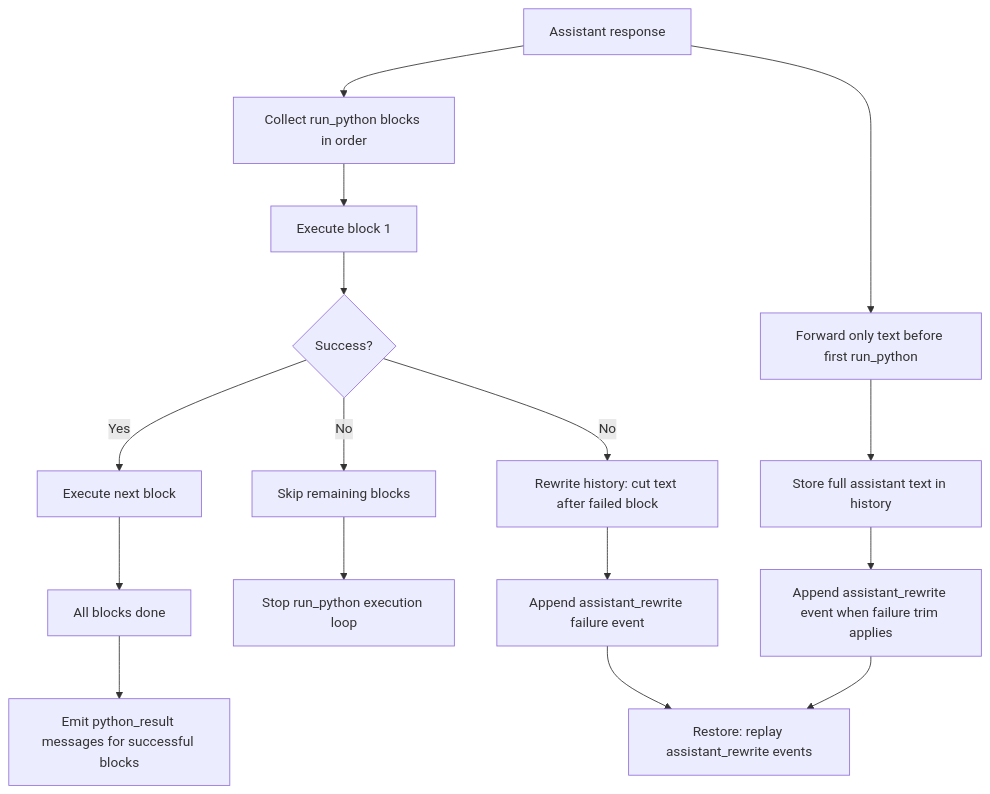
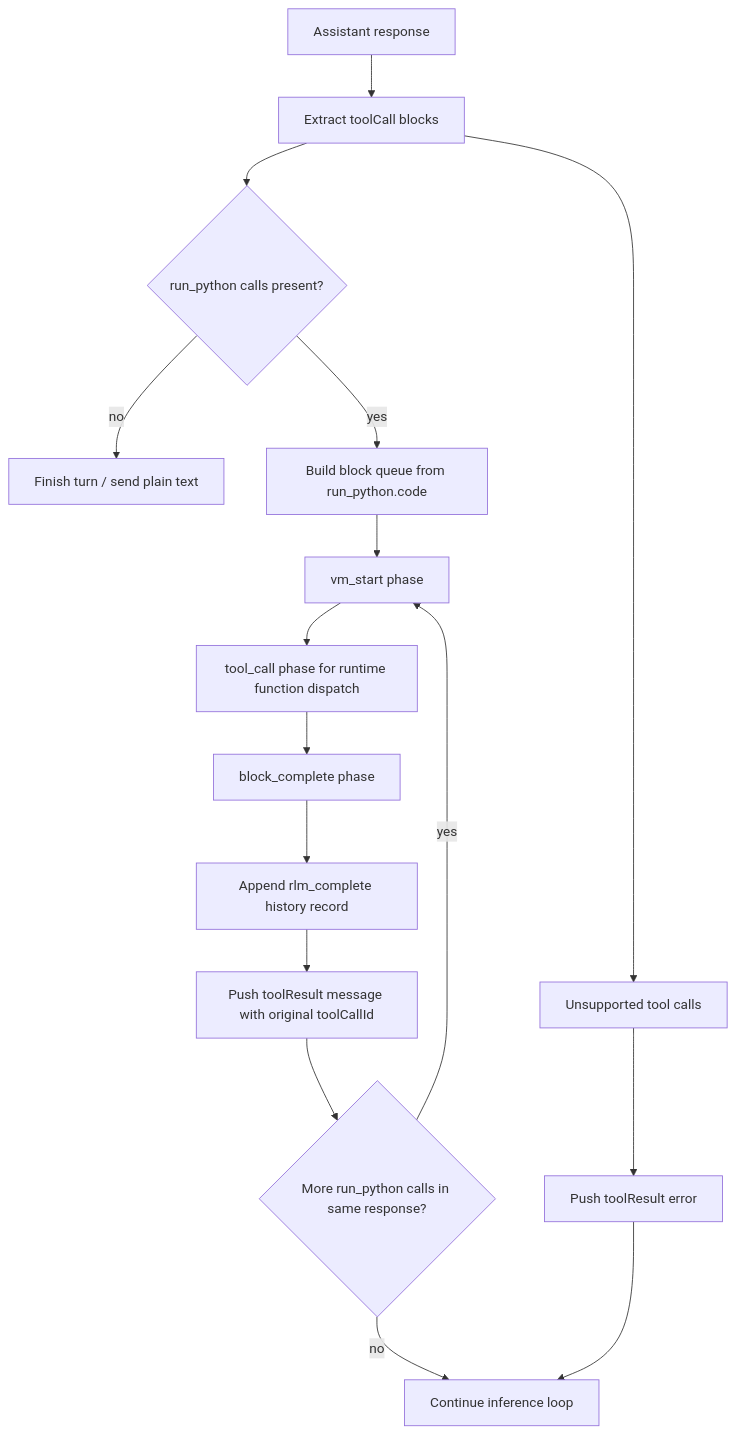
Before and after one commit to ex3ndr/daycare: the diagram in doc/internals/rlm-multiline-python.md, drawn with Mermaid. The commit also changed other lines of this file and 11 other files, not shown here.

Commit message:
feat(rlm): switch to native run_python tool calls

````diff
--- a/doc/internals/rlm-multiline-python.md
+++ b/doc/internals/rlm-multiline-python.md
@@ -21,18 +14,18 @@
 ```mermaid
 flowchart TD
-  U[Assistant response] --> A[Collect run_python blocks in order]
-  A --> B[Execute block 1]
-  B --> C{Success?}
-  C -- Yes --> D[Execute next block]
-  C -- No --> E[Skip remaining blocks]
-  D --> F[All blocks done]
-  E --> G[Stop run_python execution loop]
-  F --> H[Emit python_result messages for successful blocks]
-  U --> I[Forward only text before first run_python]
-  I --> K[Store full assistant text in history]
-  K --> N[Append assistant_rewrite event when failure trim applies]
-  C -- No --> M[Rewrite history: cut text after failed block]
-  M --> O[Append assistant_rewrite failure event]
-  N --> P[Restore: replay assistant_rewrite events]
-  O --> P
+  U[Assistant response] --> A[Extract toolCall blocks]
+  A --> B{run_python calls present?}
+  B -- no --> C[Finish turn / send plain text]
+  B -- yes --> D[Build block queue from run_python.code]
+  D --> E[vm_start phase]
+  E --> F[tool_call phase for runtime function dispatch]
+  F --> G[block_complete phase]
+  G --> H[Append rlm_complete history record]
+  H --> I[Push toolResult message with original toolCallId]
+  I --> J{More run_python calls in same response?}
+  J -- yes --> E
+  J -- no --> K[Continue inference loop]
+  A --> L[Unsupported tool calls]
+  L --> M[Push toolResult error]
+  M --> K
 ```
````
